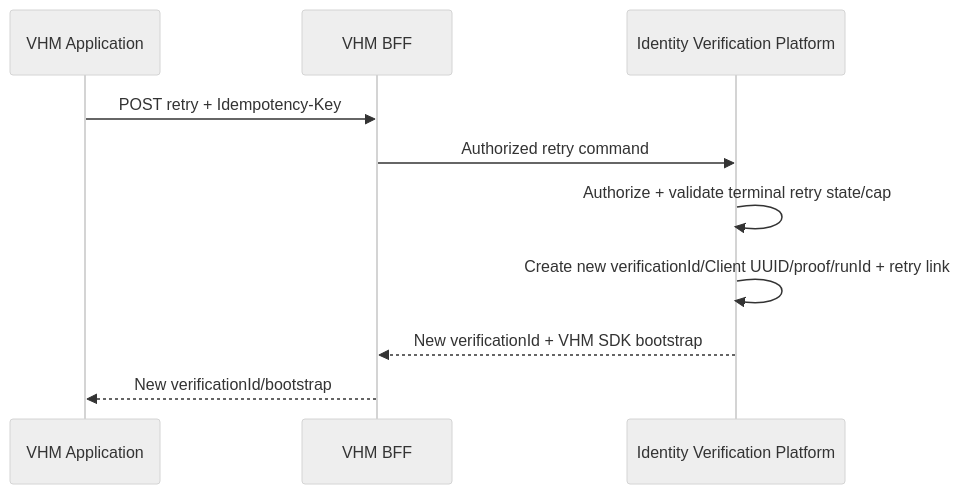
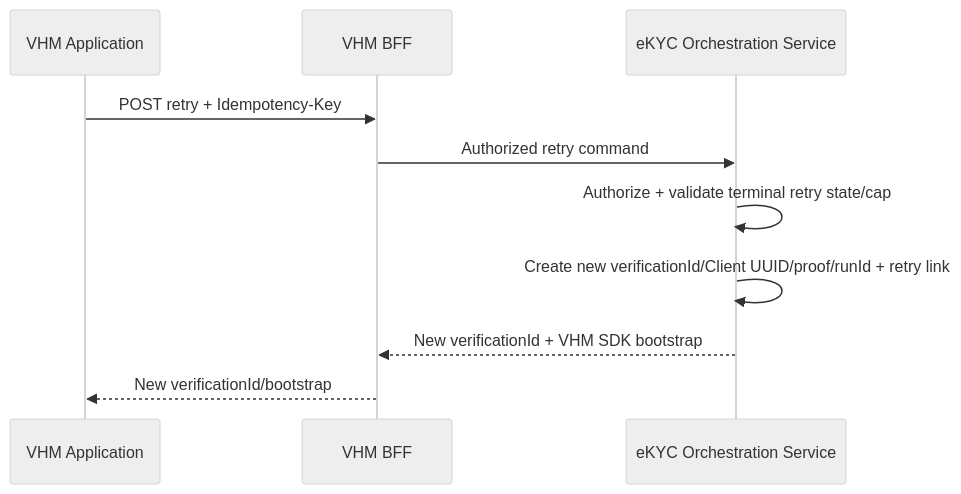
One commit to huynv-xyz/vhm changed diagram 14 of 16 in README.md. Above: the diagram before and after it, drawn with Mermaid (neutral theme). The commit also changed other lines of this file, not shown here.

````diff
--- a/README.md
+++ b/README.md
@@ -1241,12 +1244,12 @@
 ```mermaid
 sequenceDiagram
     participant APP as VHM Application
     participant BFF as VHM BFF
-    participant IV as Identity Verification Platform
+    participant Orchestrator as eKYC Orchestration Service
     APP->>BFF: POST retry + Idempotency-Key
-    BFF->>IV: Authorized retry command
-    IV->>IV: Authorize + validate terminal retry state/cap
-    IV->>IV: Create new verificationId/Client UUID/proof/runId + retry link
-    IV-->>BFF: New verificationId + VHM SDK bootstrap
+    BFF->>Orchestrator: Authorized retry command
+    Orchestrator->>Orchestrator: Authorize + validate terminal retry state/cap
+    Orchestrator->>Orchestrator: Create new verificationId/Client UUID/proof/runId + retry link
+    Orchestrator-->>BFF: New verificationId + VHM SDK bootstrap
     BFF-->>APP: New verificationId/bootstrap
 ```
````
